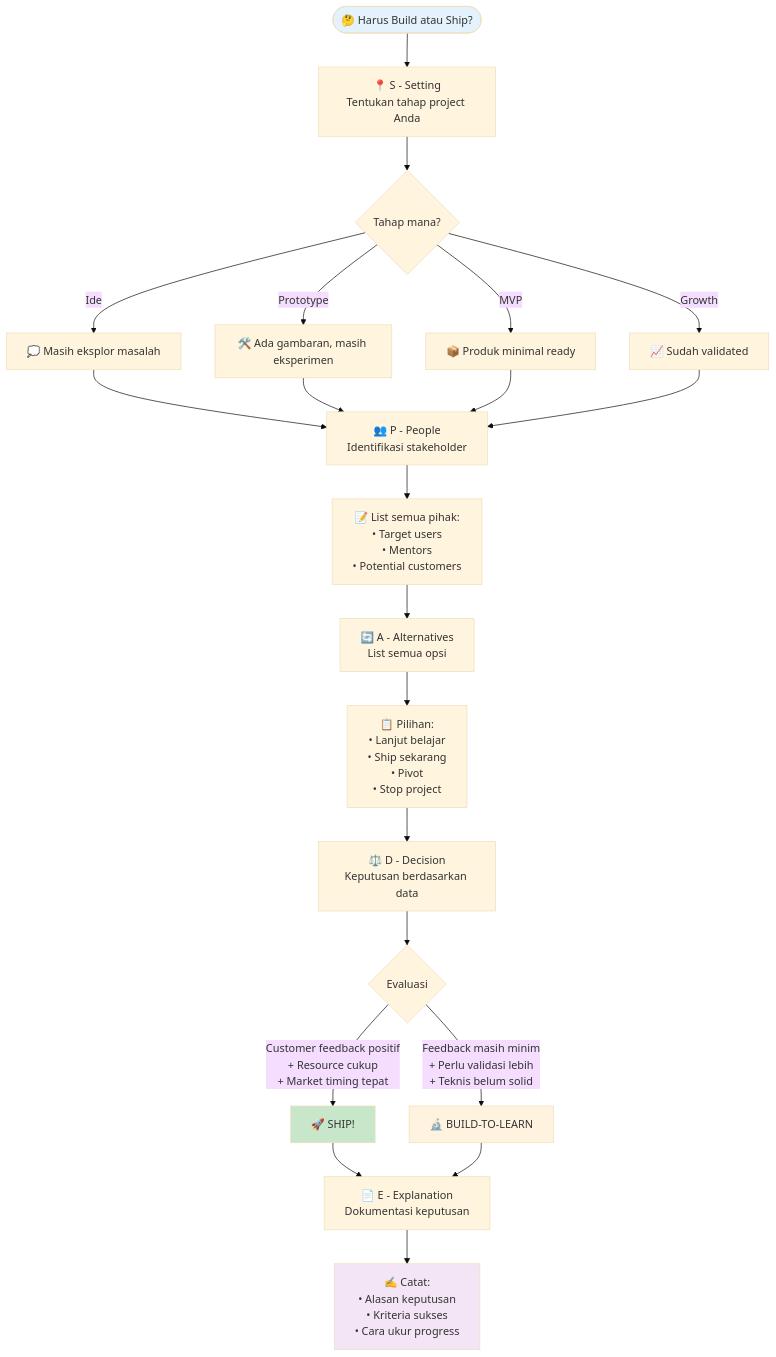
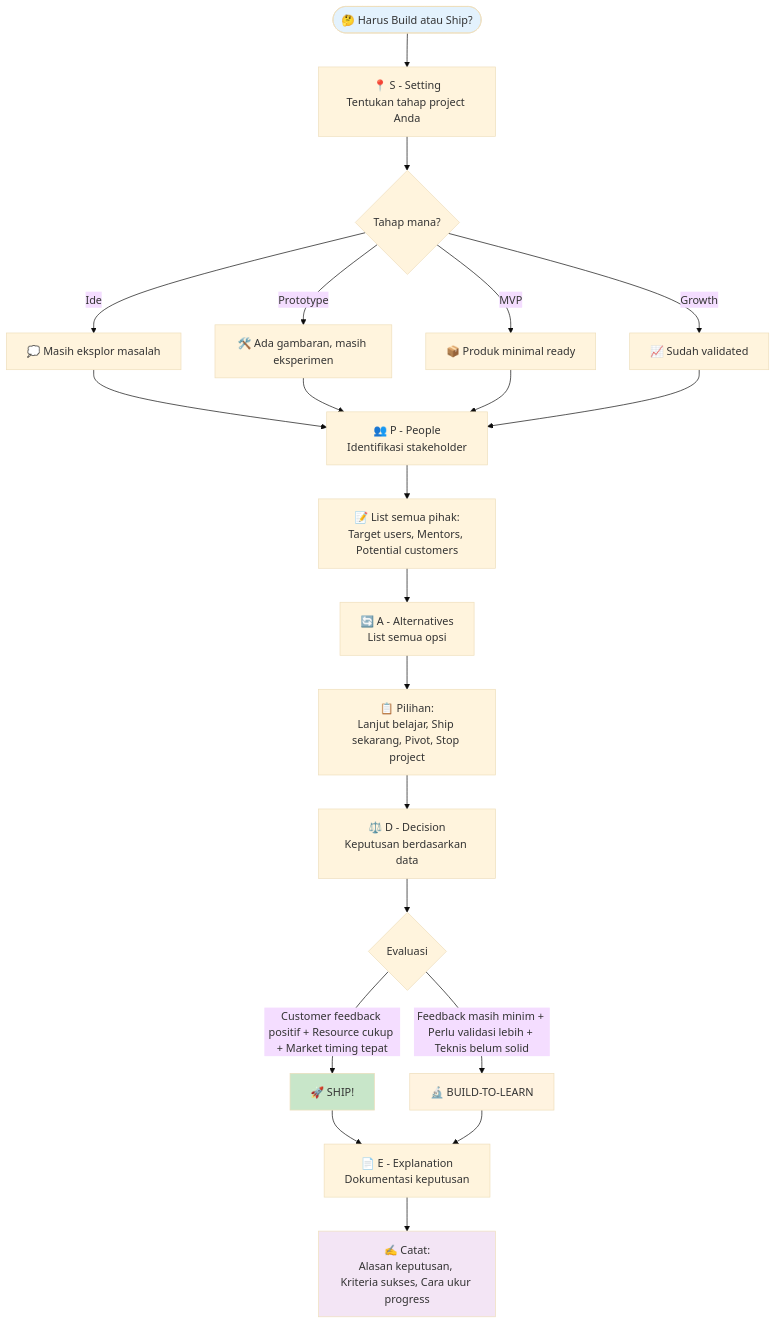
The second of 6 diagrams in modul1pemula.md (antonprafanto/vibecoding), drawn with Mermaid (base theme) before and after one commit. The commit also changed other lines of this file, not shown here.

````diff
--- a/modul1pemula.md
+++ b/modul1pemula.md
@@ -102,37 +102,37 @@
 ```mermaid
 flowchart TD
     Start([🤔 Harus Build atau Ship?]) --> S[📍 S - Setting<br/>Tentukan tahap project Anda]
     
     S --> S1{Tahap mana?}
     S1 -->|Ide| S2[💭 Masih eksplor masalah]
     S1 -->|Prototype| S3[🛠️ Ada gambaran, masih eksperimen]
     S1 -->|MVP| S4[📦 Produk minimal ready]
     S1 -->|Growth| S5[📈 Sudah validated]
     
     S2 --> P[👥 P - People<br/>Identifikasi stakeholder]
     S3 --> P
     S4 --> P
     S5 --> P
     
-    P --> P1[📝 List semua pihak:<br/>• Target users<br/>• Mentors<br/>• Potential customers]
+    P --> P1[📝 List semua pihak:<br/>Target users, Mentors, Potential customers]
     
     P1 --> A[🔄 A - Alternatives<br/>List semua opsi]
     
-    A --> A1[📋 Pilihan:<br/>• Lanjut belajar<br/>• Ship sekarang<br/>• Pivot<br/>• Stop project]
+    A --> A1[📋 Pilihan:<br/>Lanjut belajar, Ship sekarang, Pivot, Stop project]
     
     A1 --> D[⚖️ D - Decision<br/>Keputusan berdasarkan data]
     
     D --> D1{Evaluasi}
-    D1 -->|Customer feedback positif<br/>+ Resource cukup<br/>+ Market timing tepat| D2[🚀 SHIP!]
-    D1 -->|Feedback masih minim<br/>+ Perlu validasi lebih<br/>+ Teknis belum solid| D3[🔬 BUILD-TO-LEARN]
+    D1 -->|Customer feedback positif + Resource cukup + Market timing tepat| D2[🚀 SHIP!]
+    D1 -->|Feedback masih minim + Perlu validasi lebih + Teknis belum solid| D3[🔬 BUILD-TO-LEARN]
     
     D2 --> E[📄 E - Explanation<br/>Dokumentasi keputusan]
     D3 --> E
     
-    E --> E1[✍️ Catat:<br/>• Alasan keputusan<br/>• Kriteria sukses<br/>• Cara ukur progress]
+    E --> E1[✍️ Catat:<br/>Alasan keputusan, Kriteria sukses, Cara ukur progress]
     
     style Start fill:#e3f2fd
     style D2 fill:#c8e6c9
     style D3 fill:#fff3e0
     style E1 fill:#f3e5f5
 ```
````
